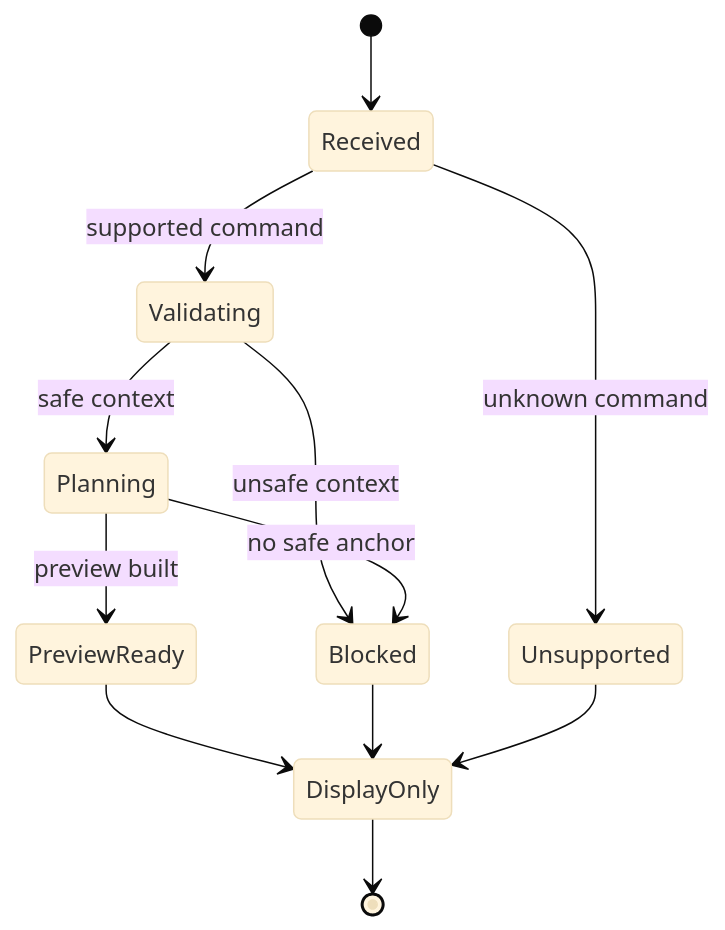
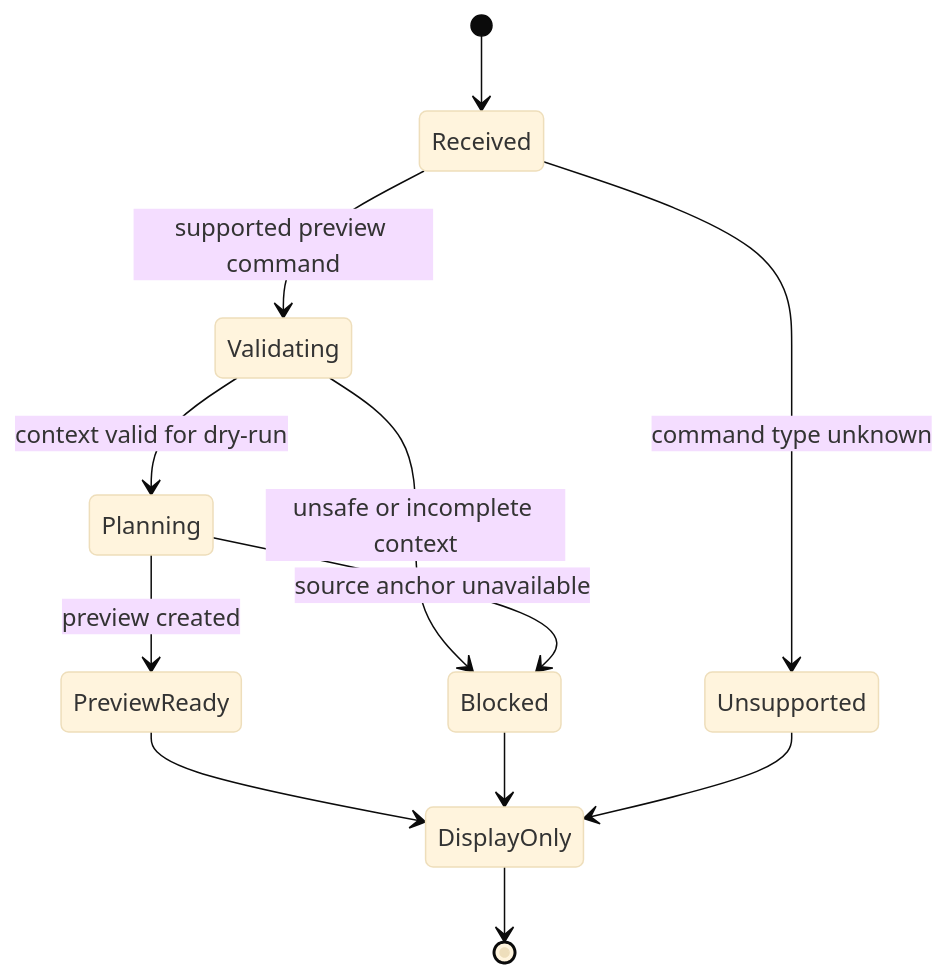
The diagram in docs/architecture/diagrams/command-preview-bus-sequence.md (krestosa/Crystal), drawn with Mermaid (base theme) before and after one commit. The commit also changed other lines of this file and 60 other files, not shown here.

````diff
--- a/docs/architecture/diagrams/command-preview-bus-sequence.md
+++ b/docs/architecture/diagrams/command-preview-bus-sequence.md
@@ -54,14 +13,14 @@
 ```mermaid
 stateDiagram-v2
   [*] --> Received
-  Received --> Unsupported: unknown command
-  Received --> Validating: supported command
-  Validating --> Blocked: unsafe context
-  Validating --> Planning: safe context
-  Planning --> PreviewReady: preview built
-  Planning --> Blocked: no safe anchor
+  Received --> Unsupported: command type unknown
+  Received --> Validating: supported preview command
+  Validating --> Blocked: unsafe or incomplete context
+  Validating --> Planning: context valid for dry-run
+  Planning --> PreviewReady: preview created
+  Planning --> Blocked: source anchor unavailable
   PreviewReady --> DisplayOnly
   Blocked --> DisplayOnly
   Unsupported --> DisplayOnly
   DisplayOnly --> [*]
 ```
````
